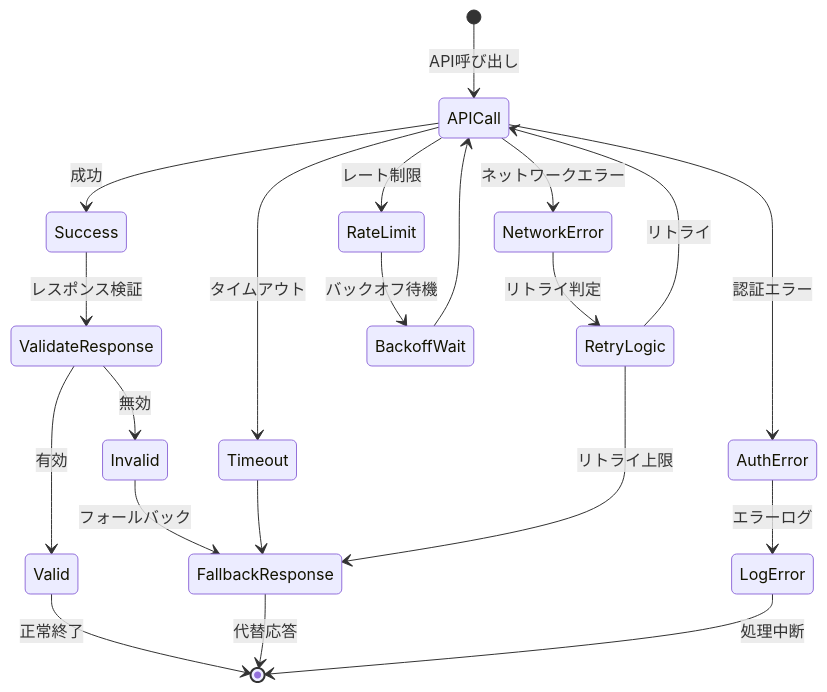
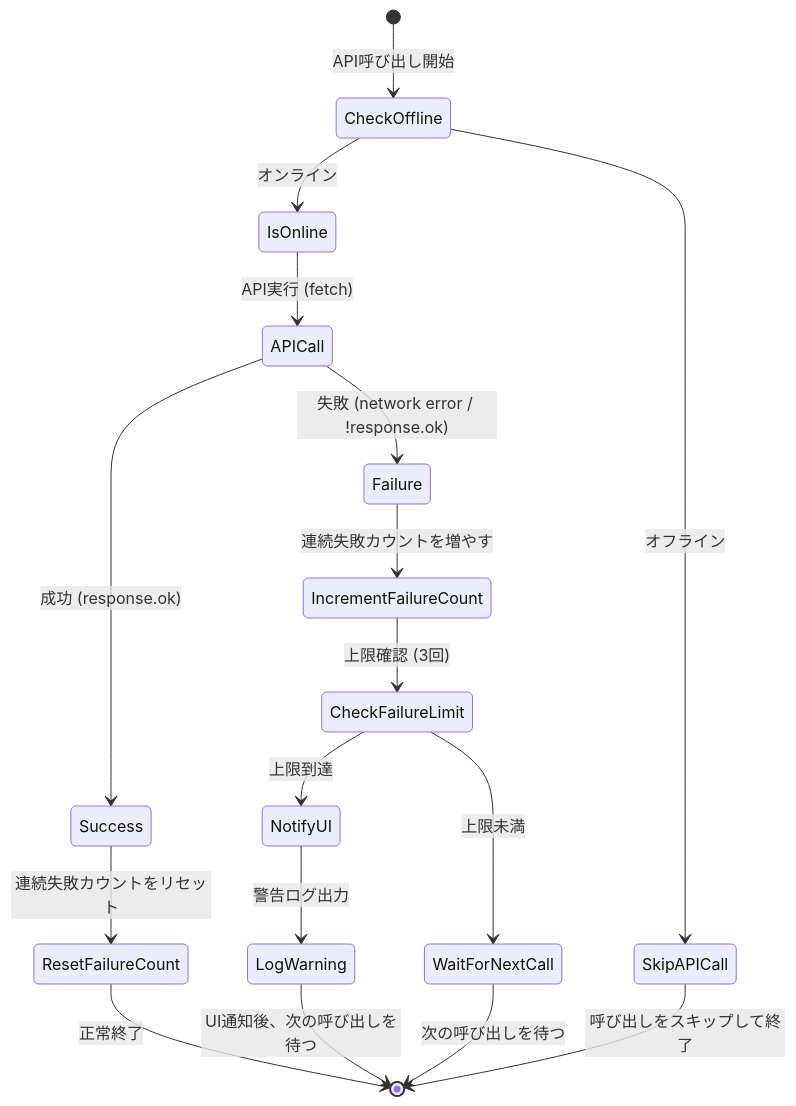
One commit to rytkhs/debatematch changed the fifth of 6 diagrams in docs/architecture/04_ai_integration_architecture.md. Above: the diagram before and after it, drawn with Mermaid. The commit also changed 2 other files, not shown here.

Commit message:
docs: 設計ドキュメントを修正

````diff
--- a/docs/architecture/04_ai_integration_architecture.md
+++ b/docs/architecture/04_ai_integration_architecture.md
@@ -166,29 +166,27 @@
 ```mermaid
 stateDiagram-v2
-    [*] --> APICall: API呼び出し
+    [*] --> CheckOffline: API呼び出し開始
 
-    APICall --> Success: 成功
-    APICall --> NetworkError: ネットワークエラー
-    APICall --> AuthError: 認証エラー
-    APICall --> RateLimit: レート制限
-    APICall --> Timeout: タイムアウト
+    CheckOffline --> IsOnline: オンライン
+    CheckOffline --> SkipAPICall: オフライン
 
-    Success --> ValidateResponse: レスポンス検証
-    ValidateResponse --> Valid: 有効
-    ValidateResponse --> Invalid: 無効
+    IsOnline --> APICall: API実行 (fetch)
 
-    Valid --> [*]: 正常終了
+    APICall --> Success: 成功 (response.ok)
+    APICall --> Failure: 失敗 (network error / !response.ok)
 
-    Invalid --> FallbackResponse: フォールバック
-    NetworkError --> RetryLogic: リトライ判定
-    RateLimit --> BackoffWait: バックオフ待機
-    Timeout --> FallbackResponse
-    AuthError --> LogError: エラーログ
+    Success --> ResetFailureCount: 連続失敗カウントをリセット
+    ResetFailureCount --> [*]: 正常終了
 
-    RetryLogic --> APICall: リトライ
-    RetryLogic --> FallbackResponse: リトライ上限
-    BackoffWait --> APICall
+    Failure --> IncrementFailureCount: 連続失敗カウントを増やす
+    IncrementFailureCount --> CheckFailureLimit: 上限確認 (3回)
 
-    FallbackResponse --> [*]: 代替応答
-    LogError --> [*]: 処理中断
+    CheckFailureLimit --> NotifyUI: 上限到達
+    CheckFailureLimit --> WaitForNextCall: 上限未満
+
+    NotifyUI --> LogWarning: 警告ログ出力
+    LogWarning --> [*]: UI通知後、次の呼び出しを待つ
+
+    WaitForNextCall --> [*]: 次の呼び出しを待つ
+    SkipAPICall --> [*]: 呼び出しをスキップして終了
 ```
````
